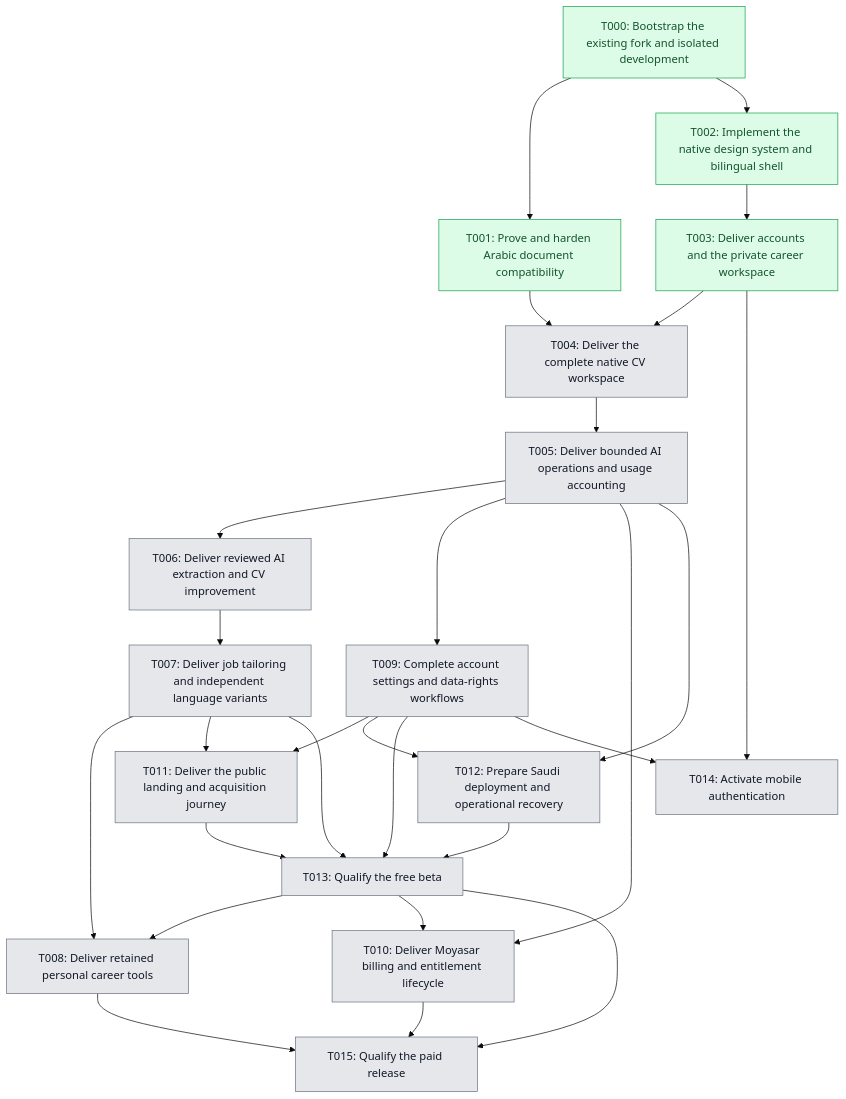
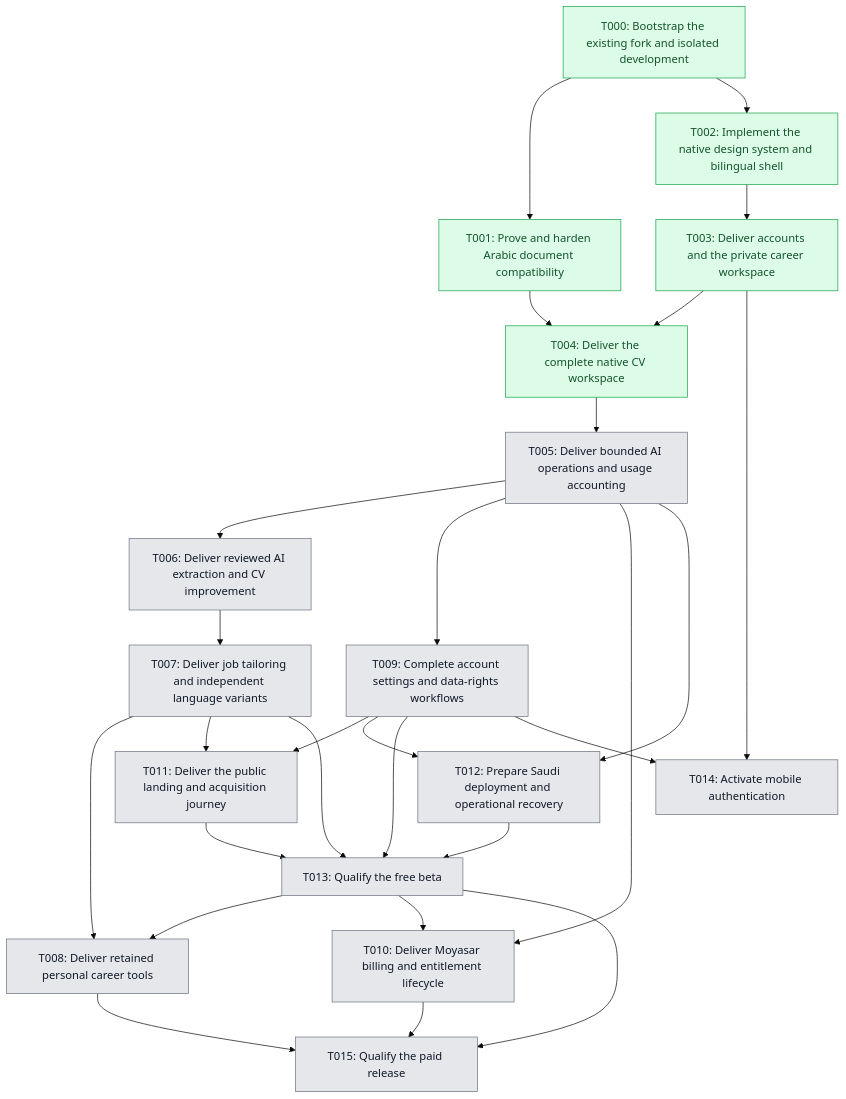
The diagram in Planning/roadmap/dependencies.mmd (0-sayed/master-cv), drawn with Mermaid (base theme) before and after one commit. The commit also changed 2 other files, not shown here.

Commit message:
chore(roadmap): reconcile T004 and task completion guidance
Record the merged T004 task and require roadmap status updates in the final task PR commit after CI passes. Existing validation tiers remain unchanged.

Claude-Session: https://claude.ai/code/session_01SL1airmv8bya1LvJWScv8u

```diff
--- a/Planning/roadmap/dependencies.mmd
+++ b/Planning/roadmap/dependencies.mmd
@@ -1,49 +1,49 @@
 flowchart TD
     T000["T000: Bootstrap the existing fork and isolated development"]
     T001["T001: Prove and harden Arabic document compatibility"]
     T002["T002: Implement the native design system and bilingual shell"]
     T003["T003: Deliver accounts and the private career workspace"]
     T004["T004: Deliver the complete native CV workspace"]
     T005["T005: Deliver bounded AI operations and usage accounting"]
     T006["T006: Deliver reviewed AI extraction and CV improvement"]
     T007["T007: Deliver job tailoring and independent language variants"]
     T008["T008: Deliver retained personal career tools"]
     T009["T009: Complete account settings and data-rights workflows"]
     T010["T010: Deliver Moyasar billing and entitlement lifecycle"]
     T011["T011: Deliver the public landing and acquisition journey"]
     T012["T012: Prepare Saudi deployment and operational recovery"]
     T013["T013: Qualify the free beta"]
     T014["T014: Activate mobile authentication"]
     T015["T015: Qualify the paid release"]
 
     T000 --> T001
     T000 --> T002
     T002 --> T003
     T001 --> T004
     T003 --> T004
     T004 --> T005
     T005 --> T006
     T006 --> T007
     T007 --> T008
     T013 --> T008
     T005 --> T009
     T005 --> T010
     T013 --> T010
     T007 --> T011
     T009 --> T011
     T005 --> T012
     T009 --> T012
     T007 --> T013
     T009 --> T013
     T011 --> T013
     T012 --> T013
     T003 --> T014
     T009 --> T014
     T008 --> T015
     T010 --> T015
     T013 --> T015
 
     classDef pending fill:#e5e7eb,stroke:#6b7280,color:#111827;
     classDef done fill:#dcfce7,stroke:#16a34a,color:#14532d;
-    class T000,T001,T002,T003 done;
-    class T004,T005,T006,T007,T008,T009,T010,T011,T012,T013,T014,T015 pending;
+    class T000,T001,T002,T003,T004 done;
+    class T005,T006,T007,T008,T009,T010,T011,T012,T013,T014,T015 pending;
```
